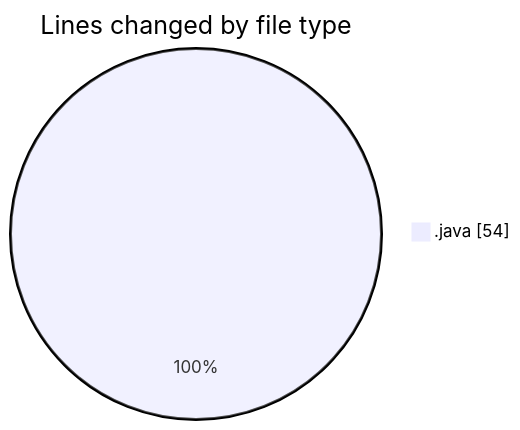
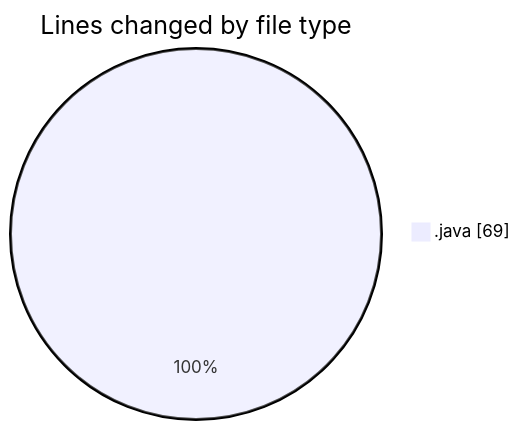
The first of 2 diagrams in 2025-02-07/coding_prac_2/README.md (NitaiMahat/code-tracking), drawn with Mermaid before and after one commit. The commit also changed other lines of this file and 1 other file, not shown here.

````diff
--- a/2025-02-07/coding_prac_2/README.md
+++ b/2025-02-07/coding_prac_2/README.md
@@ -22,5 +23,5 @@
 ```mermaid
 pie showData
 title Lines changed by file type
-".java" : 54
+".java" : 69
 ```
````
